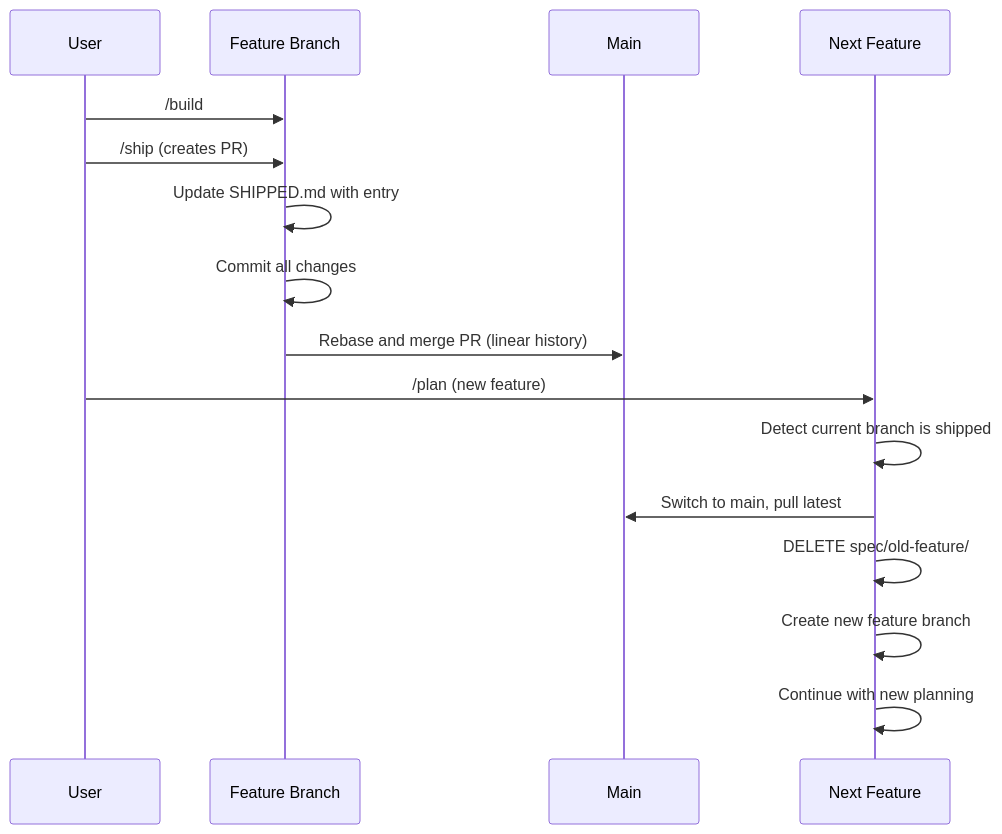
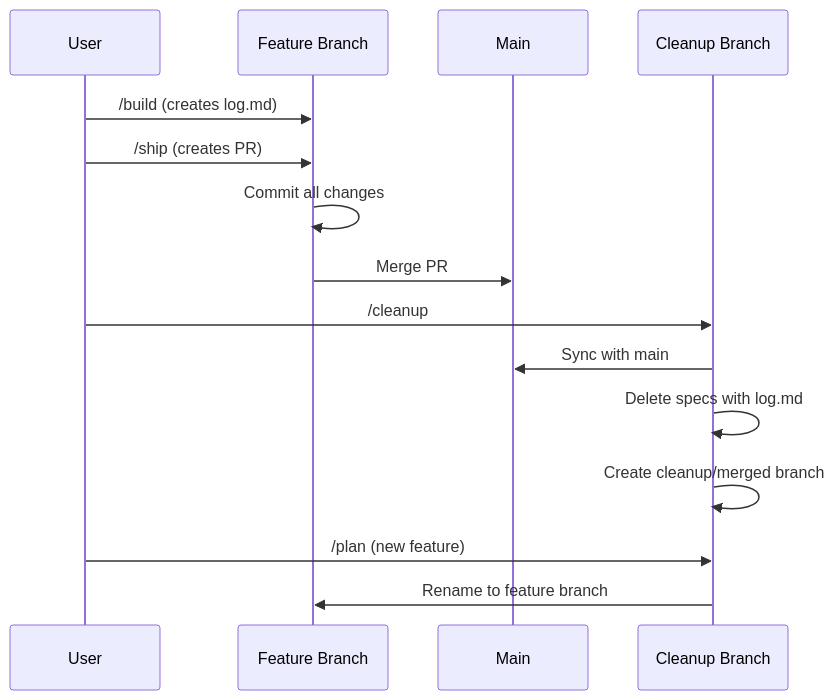
The diagram in spec/README.md (trakrf/claude-spec-workflow), drawn with Mermaid before and after one commit. The commit also changed other lines of this file and 12 other files, not shown here.

````diff
--- a/spec/README.md
+++ b/spec/README.md
@@ -140,19 +149,18 @@
 ```mermaid
 sequenceDiagram
     participant U as User
     participant F as Feature Branch
     participant M as Main
-    participant N as Next Feature
+    participant C as Cleanup Branch
 
-    U->>F: /build
+    U->>F: /build (creates log.md)
     U->>F: /ship (creates PR)
-    F->>F: Update SHIPPED.md with entry
     F->>F: Commit all changes
-    F->>M: Rebase and merge PR (linear history)
-    U->>N: /plan (new feature)
-    N->>N: Detect current branch is shipped
-    N->>M: Switch to main, pull latest
-    N->>N: DELETE spec/old-feature/
-    N->>N: Create new feature branch
-    N->>N: Continue with new planning
+    F->>M: Merge PR
+    U->>C: /cleanup
+    C->>M: Sync with main
+    C->>C: Delete specs with log.md
+    C->>C: Create cleanup/merged branch
+    U->>C: /plan (new feature)
+    C->>F: Rename to feature branch
 ```
````
